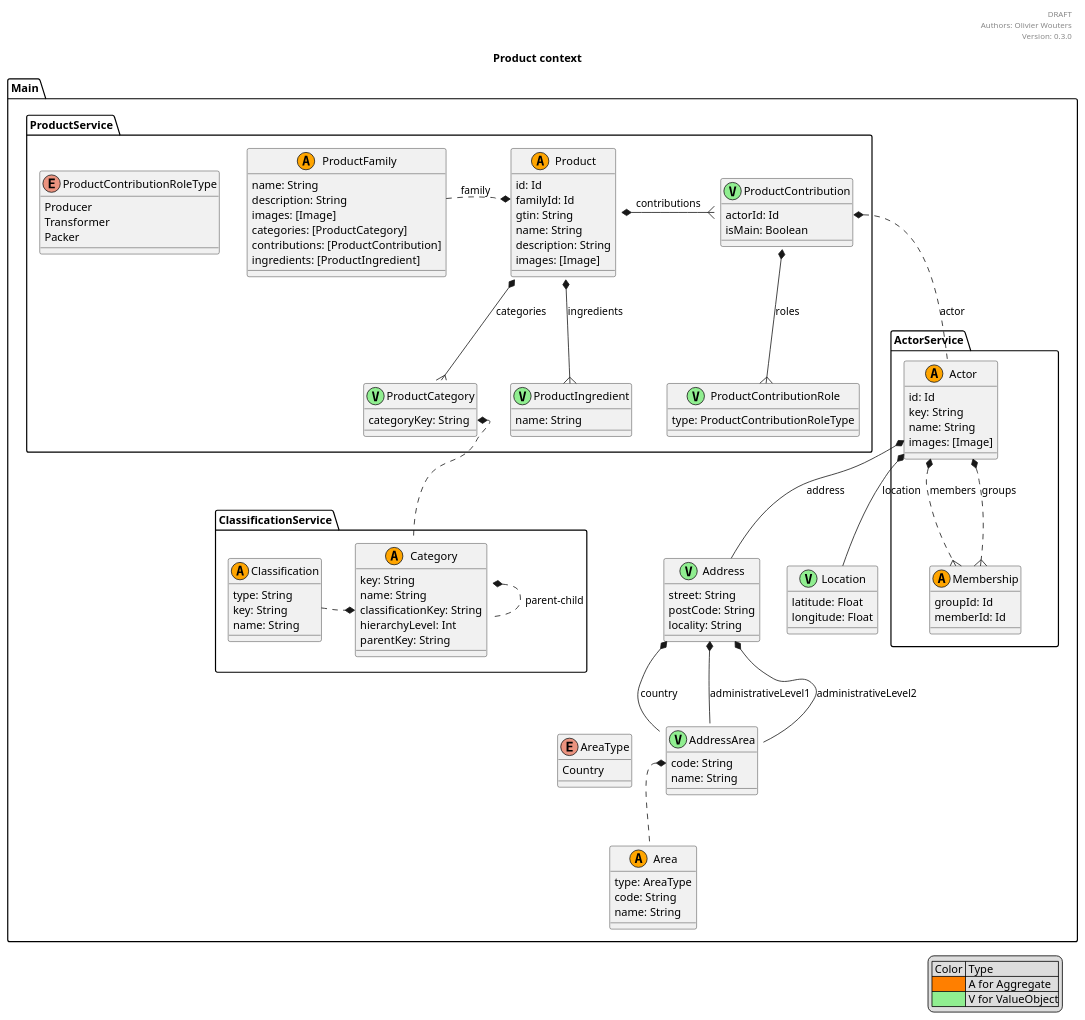
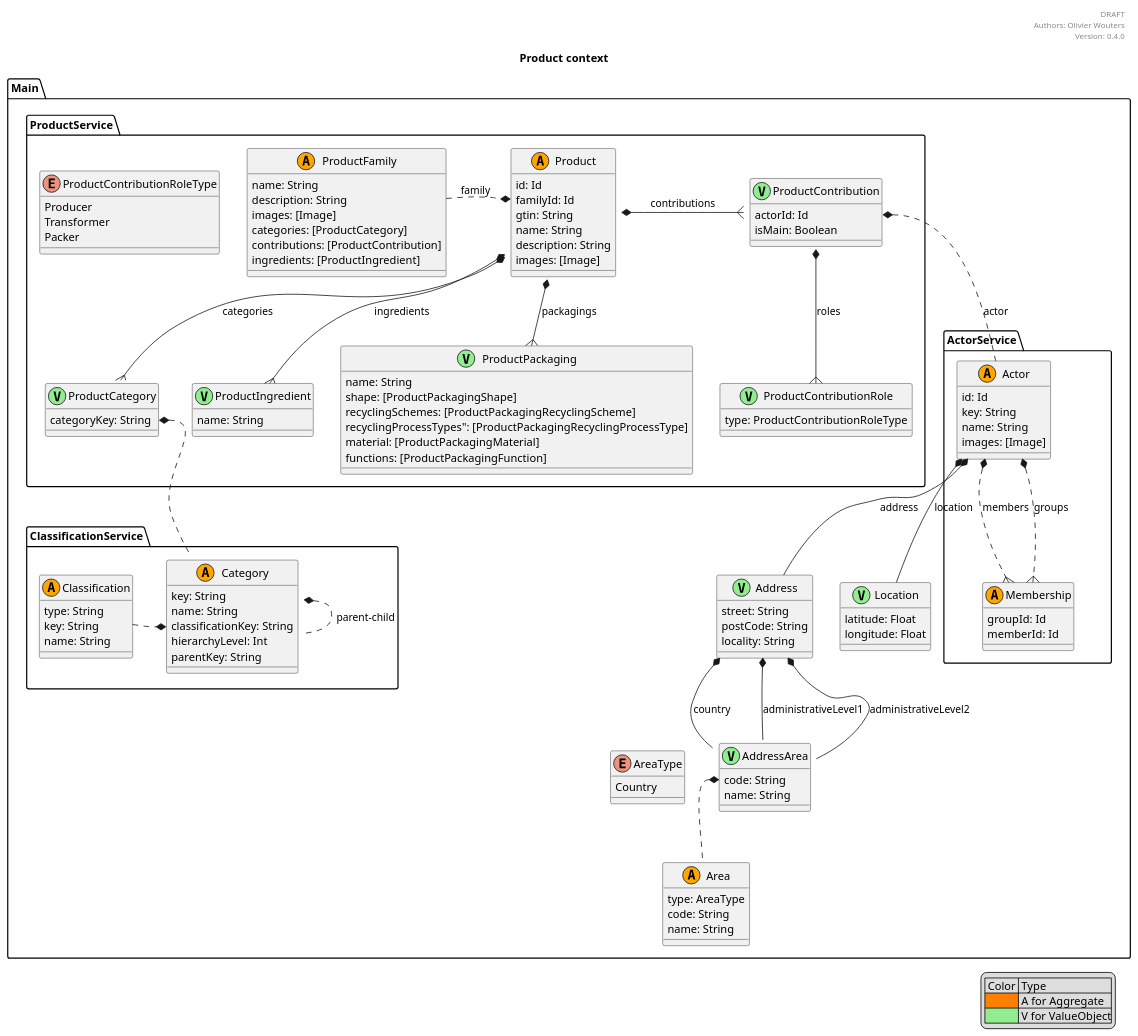
Before and after one commit to digicirco/short-supply-chains-model: the diagram in product_context.puml, drawn with PlantUML.

Commit message:
Product packagings

```diff
--- a/product_context.puml
+++ b/product_context.puml
@@ -1,151 +1,161 @@
 @startuml
 
 header
 DRAFT
 Authors: Olivier Wouters
-Version: 0.3.0
+Version: 0.4.0
 endheader
 
 legend right
     | Color | Type |
     |<#ff7f00>| A for Aggregate|
     |<#90ee90>| V for ValueObject|
 endlegend
 
 title Product context
 
 namespace Main {
   
   class Address << (V,lightgreen) >> {
     street: String
     postCode: String
     locality: String
   }
   
   Address *-- AddressArea : country
   Address *-- AddressArea : administrativeLevel1
   Address *-- AddressArea : administrativeLevel2
   
   class AddressArea << (V,lightgreen) >> {
     code: String
     name: String
   }
   
   AddressArea::code *.. Area
   
   class Area << (A,orange) >> {
     type: AreaType
     code: String
     name: String
   }
   
   Area .up[hidden]. AreaType
   
   enum AreaType {
       Country
   }
   
   class Location << (V,lightgreen) >> {
       latitude: Float
       longitude: Float
   }
   
   
   namespace ActorService {
   
     class Actor << (A,orange) >> {
       id: Id
       key: String
       name: String
       images: [Image]
     }
     
     Actor *-- Main.Address : address
     Actor *-- Main.Location : location
     
     class Membership << (A,orange) >> {
       groupId: Id
       memberId: Id
     }
   
     Actor *..{ Membership : members
     Actor *..{ Membership : groups
   }
   
   namespace ClassificationService {
     
     class Classification << (A,orange) >> {
       type: String
       key: String
       name: String
     }
     
     class Category << (A,orange) >> {
       key: String
       name: String
       classificationKey: String
       hierarchyLevel: Int
       parentKey: String
     }
     
     Category::classificationKey *.left. Classification
     Category *.right. Category : parent-child
   }
   
   namespace ProductService {
   
     class Product << (A,orange) >> {
       id: Id
       familyId: Id
       gtin: String
       name: String
       description: String
       images: [Image]
     }
     
     Product *-right-{ ProductContribution : contributions
     Product *-down-{ ProductCategory :  categories
     Product::familyId *.left. ProductFamily : family
     Product *--{ ProductIngredient : ingredients
+    Product *--{ ProductPackaging : packagings
     
     class ProductContribution << (V,lightgreen) >> {
         actorId: Id
         isMain: Boolean
     }
     
    ProductContribution::actorId *..  Main.ActorService.Actor : actor
     
     ProductContribution *-down-{ ProductContributionRole : roles
     
     enum ProductContributionRoleType {
       Producer
       Transformer
       Packer
     }
     
     class ProductContributionRole << (V,lightgreen) >> {
       type: ProductContributionRoleType
     }
     
     class ProductCategory << (V,lightgreen) >> {
       categoryKey: String
     }
   
     ProductCategory::categoryKey *.down. Main.ClassificationService.Category
     
     class ProductIngredient << (V,lightgreen) >> {
         name: String
     }
     
+    class ProductPackaging << (V,lightgreen) >> {
+      name: String
+      shape: [ProductPackagingShape]
+      recyclingSchemes: [ProductPackagingRecyclingScheme]
+      recyclingProcessTypes": [ProductPackagingRecyclingProcessType]
+      material: [ProductPackagingMaterial]
+      functions: [ProductPackagingFunction]
+    }
+    
     class ProductFamily << (A,orange) >> {
       name: String
       description: String
       images: [Image]
       categories: [ProductCategory]
       contributions: [ProductContribution]
       ingredients: [ProductIngredient]
     }
   }
 }
 
 @enduml
```
